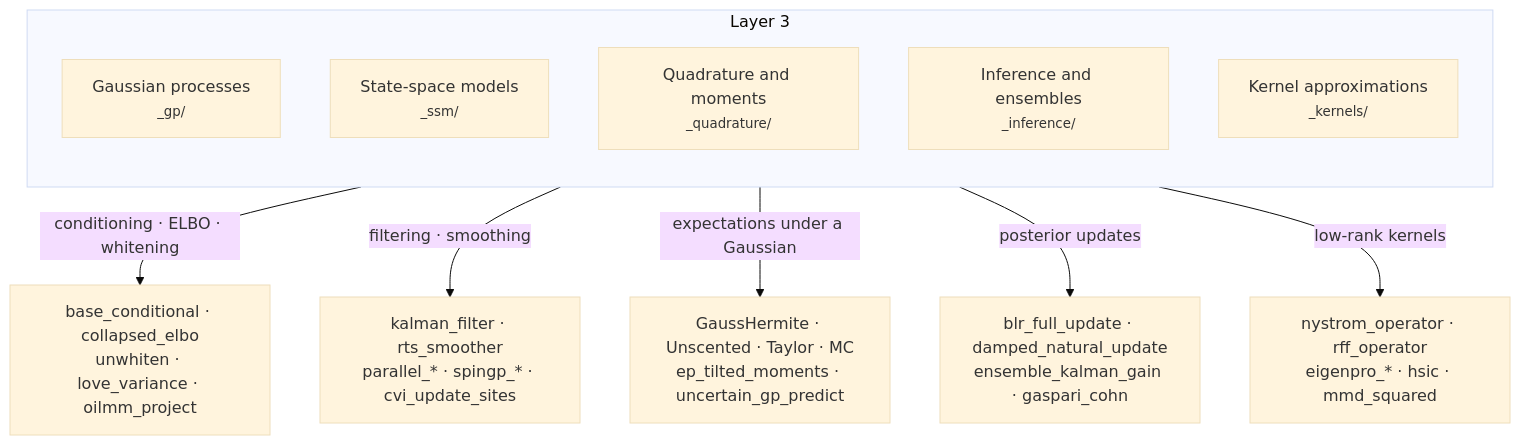
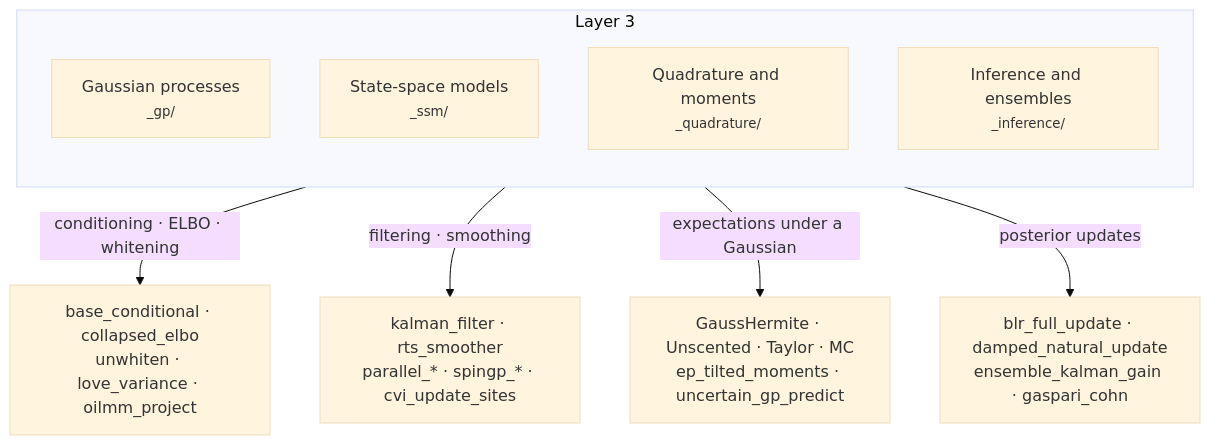
The sixth of 7 diagrams in docs/architecture.md (jejjohnson/gaussx), drawn with Mermaid (base theme) before and after one commit. The commit also changed other lines of this file and 41 other files, not shown here.

````diff
--- a/docs/architecture.md
+++ b/docs/architecture.md
@@ -380,17 +370,15 @@
 ```mermaid
 flowchart TB
     subgraph R["Layer 3"]
         direction TB
         A["Gaussian processes<br/><small>_gp/</small>"]
         B["State-space models<br/><small>_ssm/</small>"]
         C["Quadrature and moments<br/><small>_quadrature/</small>"]
         D["Inference and ensembles<br/><small>_inference/</small>"]
-        E["Kernel approximations<br/><small>_kernels/</small>"]
     end
 
     A -->|"conditioning · ELBO · whitening"| A1["base_conditional · collapsed_elbo<br/>unwhiten · love_variance · oilmm_project"]
     B -->|"filtering · smoothing"| B1["kalman_filter · rts_smoother<br/>parallel_* · spingp_* · cvi_update_sites"]
     C -->|"expectations under a Gaussian"| C1["GaussHermite · Unscented · Taylor · MC<br/>ep_tilted_moments · uncertain_gp_predict"]
     D -->|"posterior updates"| D1["blr_full_update · damped_natural_update<br/>ensemble_kalman_gain · gaspari_cohn"]
-    E -->|"low-rank kernels"| E1["nystrom_operator · rff_operator<br/>eigenpro_* · hsic · mmd_squared"]
 ```
````
